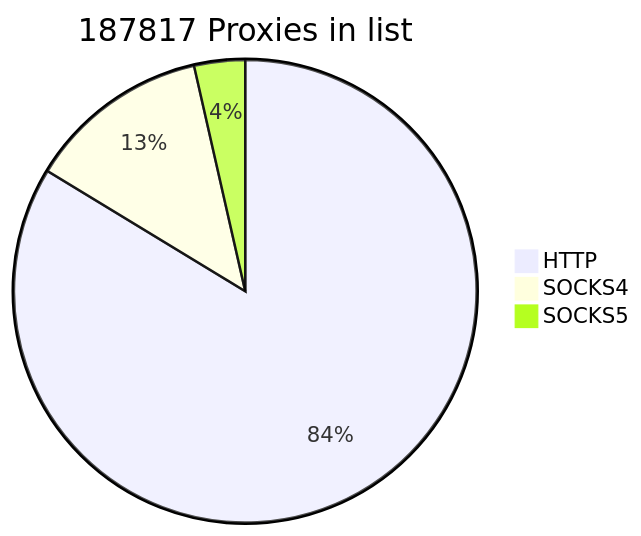
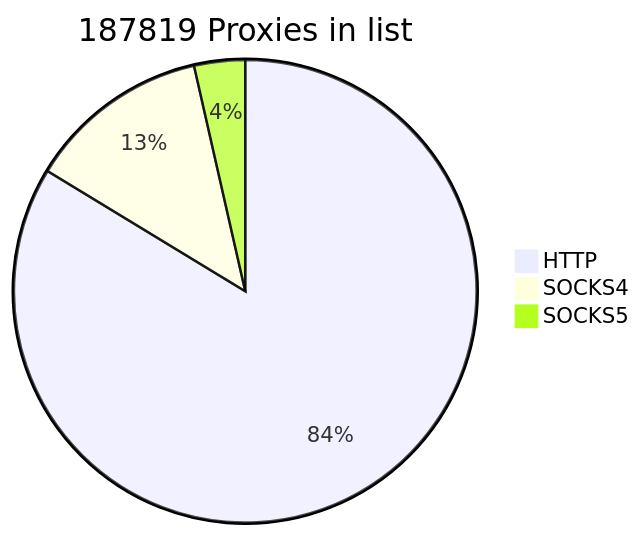
Before and after one commit to cutipu/proxylist: the first of 2 diagrams in README.md, drawn with Mermaid. The commit also changed other lines of this file, not shown here.

````diff
--- a/README.md
+++ b/README.md
@@ -2,7 +2,7 @@
 ```mermaid
-pie title 187817 Proxies in list
-    "HTTP" : 157190
-    "SOCKS4" : 23948
-    "SOCKS5" : 6679
+pie title 187819 Proxies in list
+    "HTTP" : 157193
+    "SOCKS4" : 23945
+    "SOCKS5" : 6681
             
 ```
````
